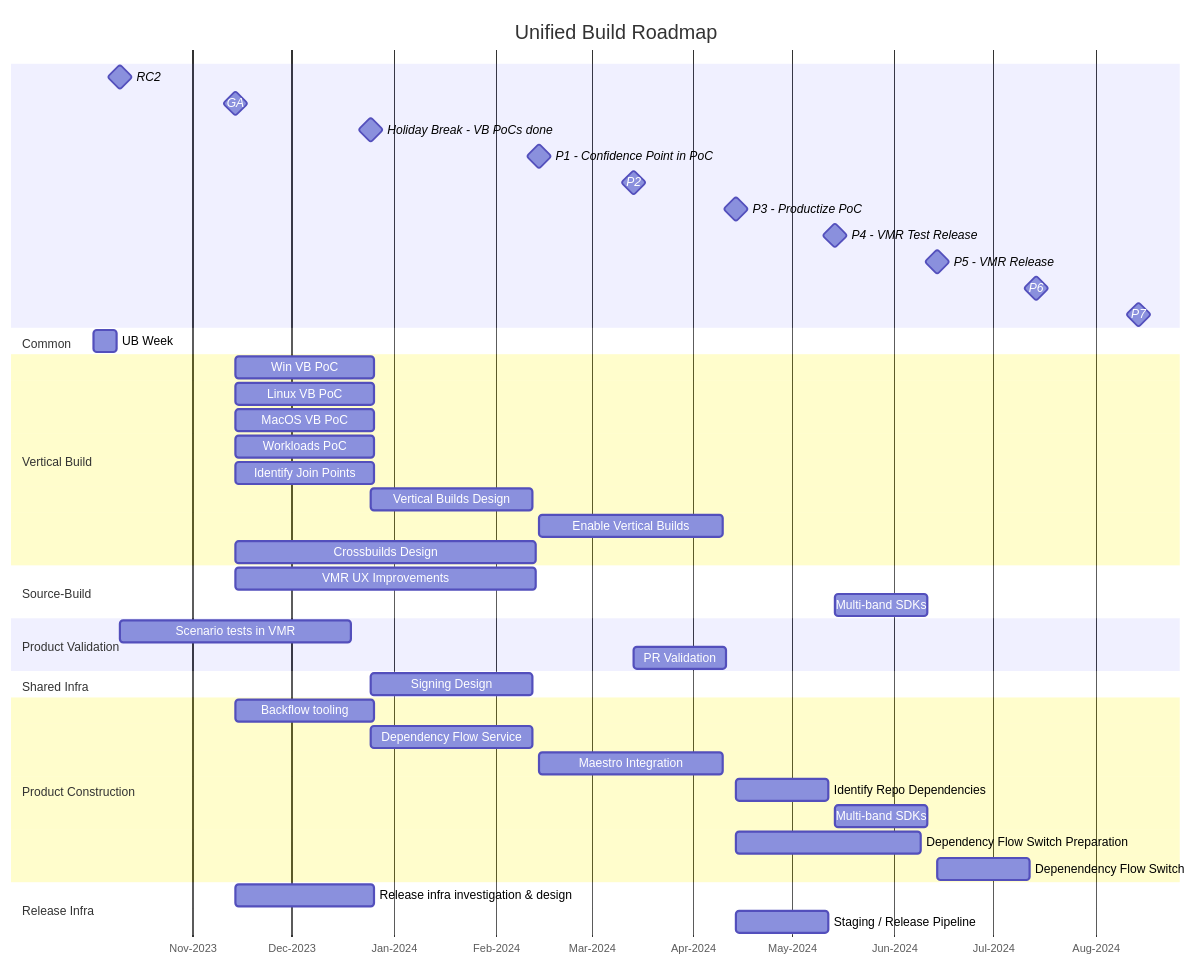
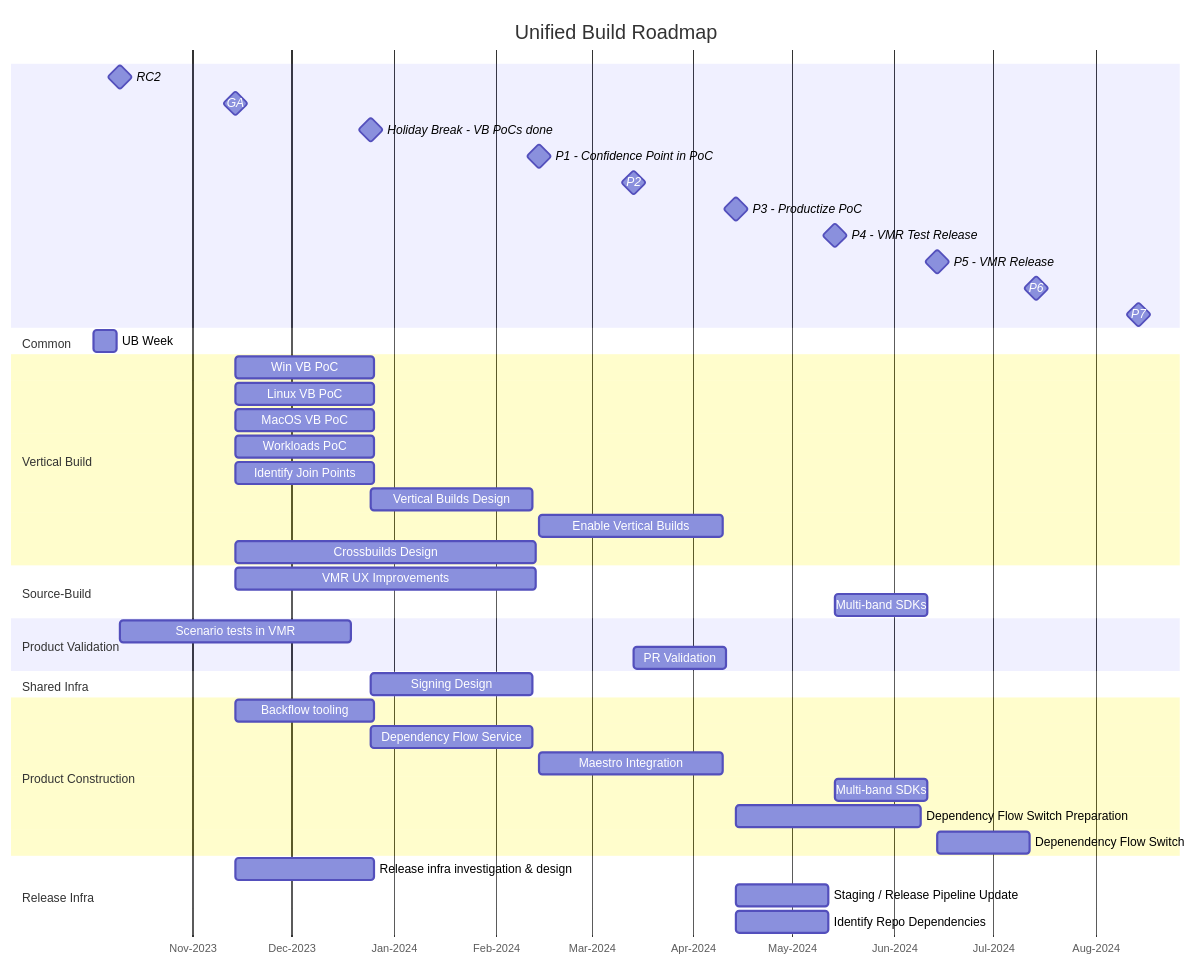
One commit to dotnet/arcade changed the diagram in Documentation/UnifiedBuild/UB-Roadmap-Gantt.md. Above: the diagram before and after it, drawn with Mermaid.

Commit message:
Address Premek's feedback

````diff
--- a/Documentation/UnifiedBuild/UB-Roadmap-Gantt.md
+++ b/Documentation/UnifiedBuild/UB-Roadmap-Gantt.md
@@ -3,53 +3,53 @@
 ```mermaid
 gantt
     title Unified Build Roadmap
     axisFormat %b-%Y
     RC2: milestone, net8-rc2, 2023-10-10, 0
     GA: milestone, net8-ga, 2023-11-14, 0
     Holiday Break - VB PoCs done: milestone, holiday, 2023-12-25, 0
     %% delta between Holiday and P1 is 7w
     P1 - Confidence Point in PoC: milestone, net9-p1, 2024-02-14, 0
     P2: milestone, net9-p2, 2024-03-14, 0
     P3 - Productize PoC: milestone, net9-p3, 2024-04-14, 0
     P4 - VMR Test Release: milestone, net9-p4, 2024-05-14, 0
     P5 - VMR Release: milestone, net9-p5, 2024-06-14, 0
     P6: milestone, net9-p6, 2024-07-14, 0
     P7: milestone, net9-p7, 2024-08-14, 0
  
     section Common
         UB Week: ub-week, 2023-10-02, 1w
 
     section Vertical Build
         Win VB PoC: after net8-ga, 6w
         Linux VB PoC: after net8-ga, 6w
         MacOS VB PoC: after net8-ga, 6w
         Workloads PoC: after net8-ga, 6w
         Identify Join Points: after net8-ga, 6w
         Vertical Builds Design: after holiday, 7w
         Enable Vertical Builds: after net9-p1, 8w
         Crossbuilds Design: after net8-ga, 13w
 
     section Source-Build
         VMR UX Improvements: after net8-ga, 13w
         Multi-band SDKs: after net9-p4, 4w
 
     section Product Validation
         Scenario tests in VMR: after net8-rc2, 10w
         PR Validation: after net9-p2, 4w
 
     section Shared Infra
         Signing Design: after holiday, 7w
 
     section Product Construction
         Backflow tooling: after net8-ga, 6w
         Dependency Flow Service: after holiday, 7w
         Maestro Integration: after net9-p1, 8w
-        Identify Repo Dependencies: after net9-p3, 4w
         Multi-band SDKs: after net9-p4, 4w
         Dependency Flow Switch Preparation: after net9-p3, 8w
         Depenendency Flow Switch: after net9-p5, 4w
 
     section Release Infra
         Release infra investigation & design: after net8-ga, 6w
-        Staging / Release Pipeline: after net9-p3, 4w
+        Staging / Release Pipeline Update: after net9-p3, 4w
+        Identify Repo Dependencies: after net9-p3, 4w
 ```
````
